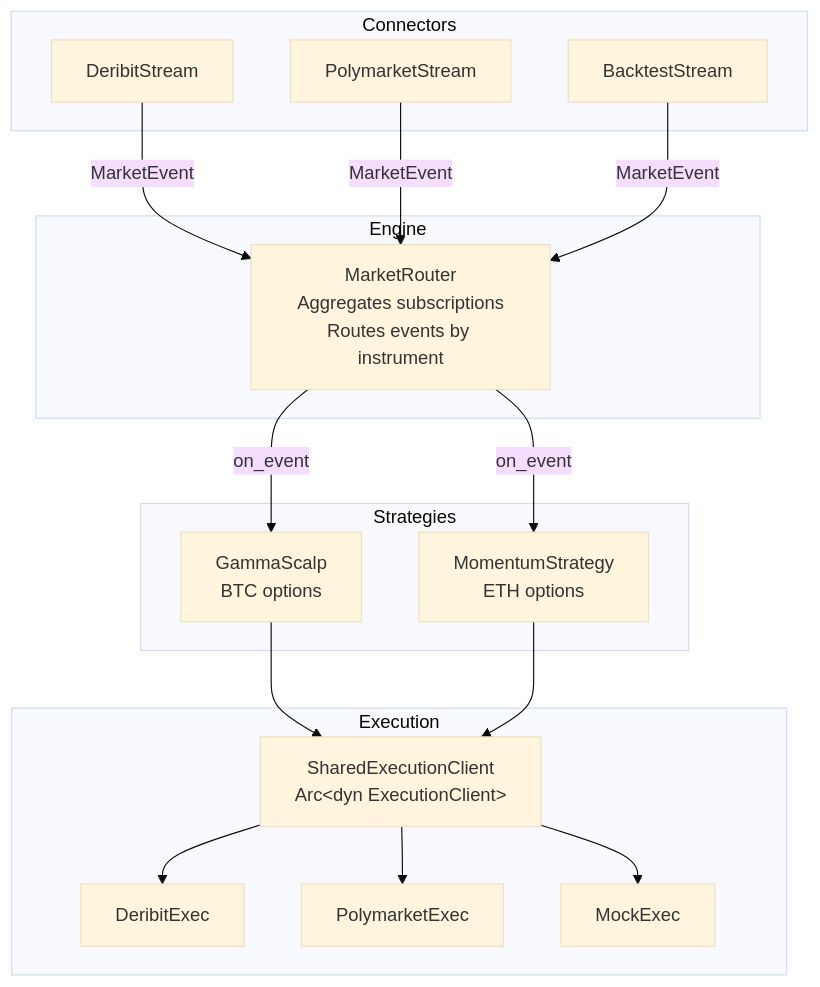
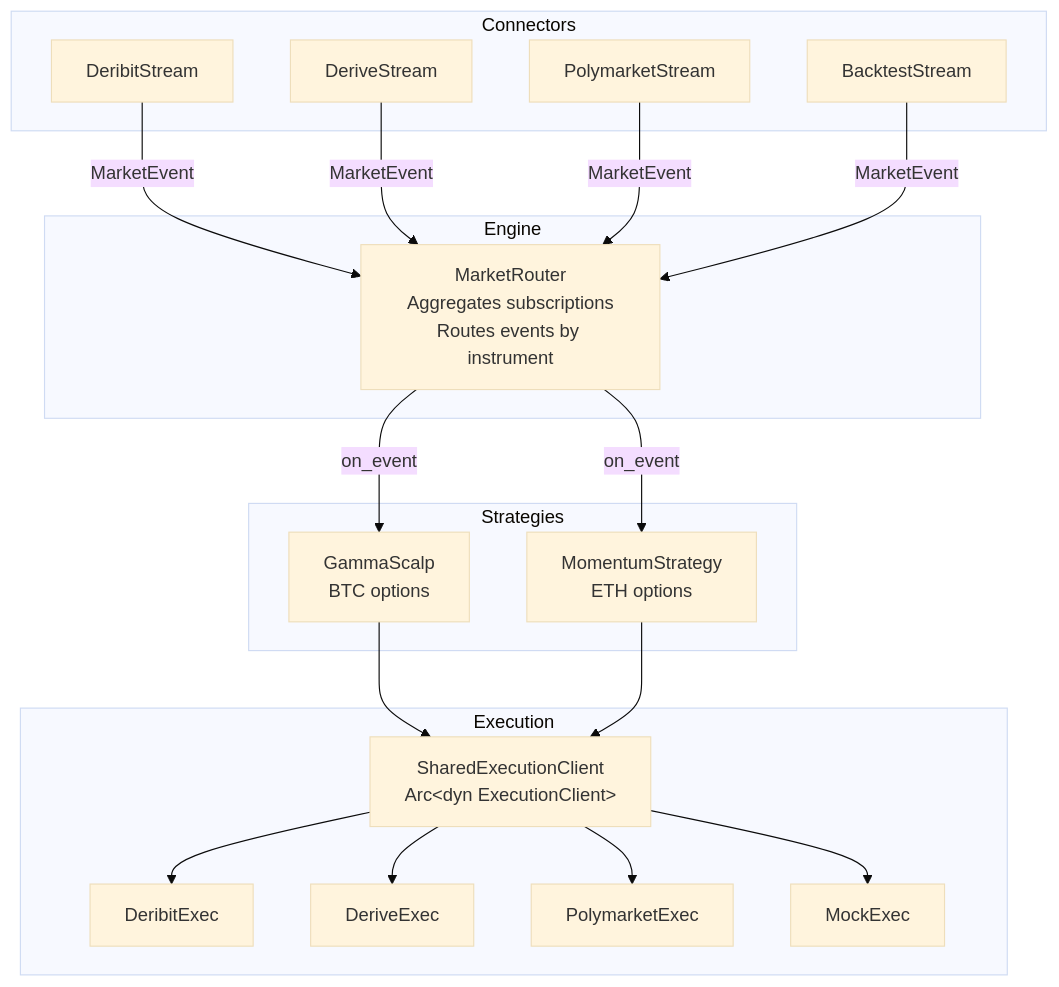
Before and after one commit to Thomas-Redding/cracker3: the diagram in README.md, drawn with Mermaid (base theme). The commit also changed other lines of this file, not shown here.

````diff
--- a/README.md
+++ b/README.md
@@ -37,37 +40,41 @@
 ```mermaid
 graph TD
     subgraph Connectors
         DS[DeribitStream]
+        DRS[DeriveStream]
         PS[PolymarketStream]
         BS[BacktestStream]
     end
 
     subgraph Engine
         MR[MarketRouter<br/>Aggregates subscriptions<br/>Routes events by instrument]
     end
 
     subgraph Strategies
         S1[GammaScalp<br/>BTC options]
         S2[MomentumStrategy<br/>ETH options]
     end
 
     subgraph Execution
         SEC[SharedExecutionClient<br/>Arc&lt;dyn ExecutionClient&gt;]
         DE[DeribitExec]
+        DRE[DeriveExec]
         PE[PolymarketExec]
         ME[MockExec]
     end
 
     DS -->|MarketEvent| MR
+    DRS -->|MarketEvent| MR
     PS -->|MarketEvent| MR
     BS -->|MarketEvent| MR
 
     MR -->|on_event| S1
     MR -->|on_event| S2
 
     S1 --> SEC
     S2 --> SEC
     SEC --> DE
+    SEC --> DRE
     SEC --> PE
     SEC --> ME
 ```
````
